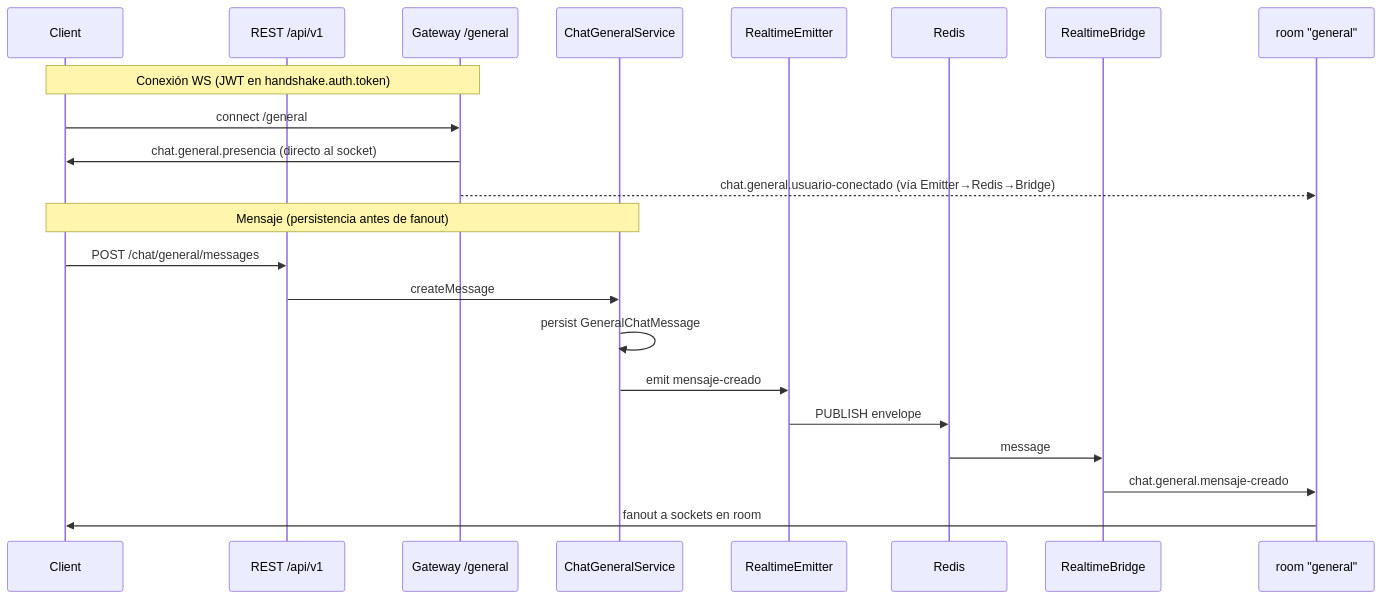
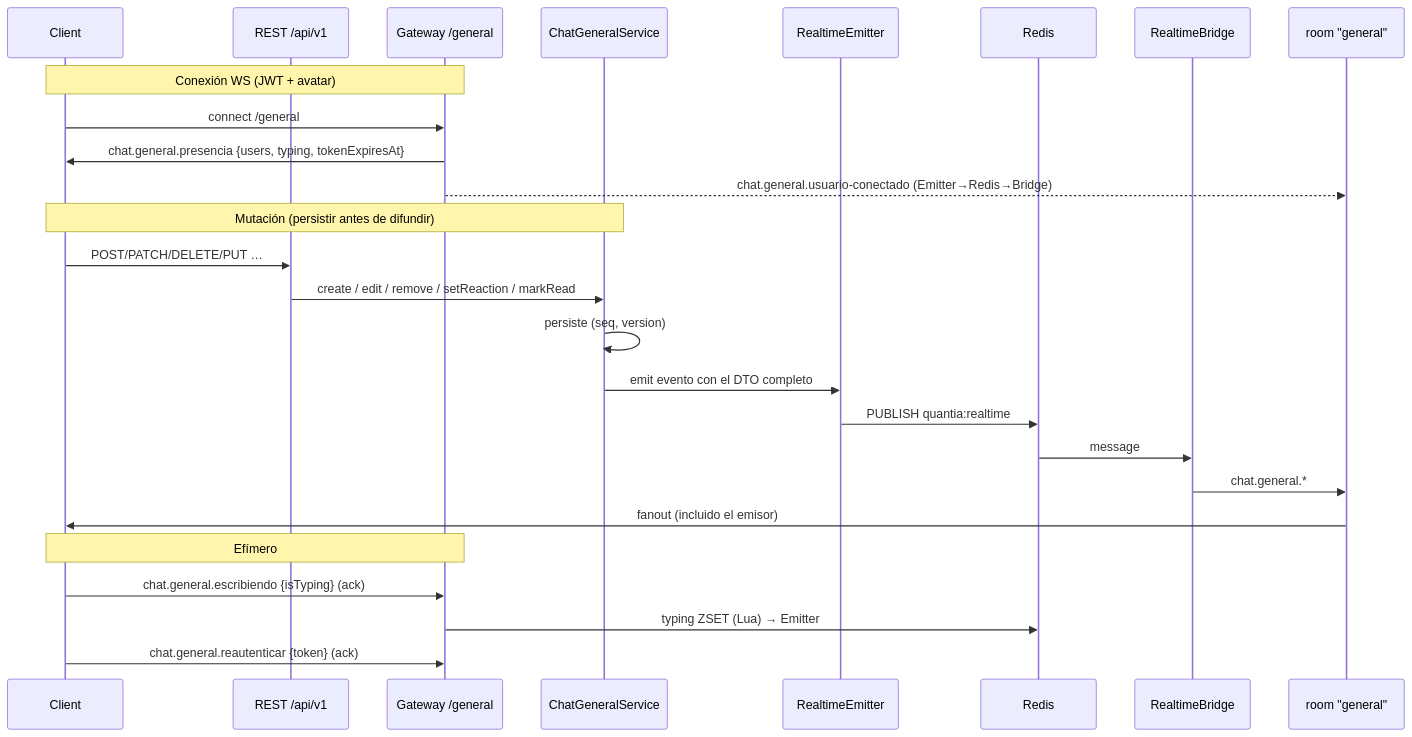
Before and after one commit to julianmeoficial/Quantia_API: the diagram in docs/architecture/chat-general.md, drawn with Mermaid. The commit also changed other lines of this file and 68 other files, not shown here.

First line of the commit message:
feat(chat): enhance chat functionality with avatar requirement and message editing

````diff
--- a/docs/architecture/chat-general.md
+++ b/docs/architecture/chat-general.md
@@ -40,26 +70,31 @@
 ```mermaid
 sequenceDiagram
   participant Client
   participant REST as REST /api/v1
   participant GW as Gateway /general
   participant Svc as ChatGeneralService
   participant Emitter as RealtimeEmitter
   participant Redis
   participant Bridge as RealtimeBridge
   participant Room as room "general"
 
-  Note over Client,GW: Conexión WS (JWT en handshake.auth.token)
+  Note over Client,GW: Conexión WS (JWT + avatar)
   Client->>GW: connect /general
-  GW->>Client: chat.general.presencia (directo al socket)
-  GW-->>Room: chat.general.usuario-conectado (vía Emitter→Redis→Bridge)
+  GW->>Client: chat.general.presencia {users, typing, tokenExpiresAt}
+  GW-->>Room: chat.general.usuario-conectado (Emitter→Redis→Bridge)
 
-  Note over Client,Svc: Mensaje (persistencia antes de fanout)
-  Client->>REST: POST /chat/general/messages
-  REST->>Svc: createMessage
-  Svc->>Svc: persist GeneralChatMessage
-  Svc->>Emitter: emit mensaje-creado
-  Emitter->>Redis: PUBLISH envelope
+  Note over Client,Svc: Mutación (persistir antes de difundir)
+  Client->>REST: POST/PATCH/DELETE/PUT …
+  REST->>Svc: create / edit / remove / setReaction / markRead
+  Svc->>Svc: persiste (seq, version)
+  Svc->>Emitter: emit evento con el DTO completo
+  Emitter->>Redis: PUBLISH quantia:realtime
   Redis->>Bridge: message
-  Bridge->>Room: chat.general.mensaje-creado
-  Room->>Client: fanout a sockets en room
+  Bridge->>Room: chat.general.*
+  Room->>Client: fanout (incluido el emisor)
+
+  Note over Client,GW: Efímero
+  Client->>GW: chat.general.escribiendo {isTyping} (ack)
+  GW->>Redis: typing ZSET (Lua) → Emitter
+  Client->>GW: chat.general.reautenticar {token} (ack)
 ```
````
